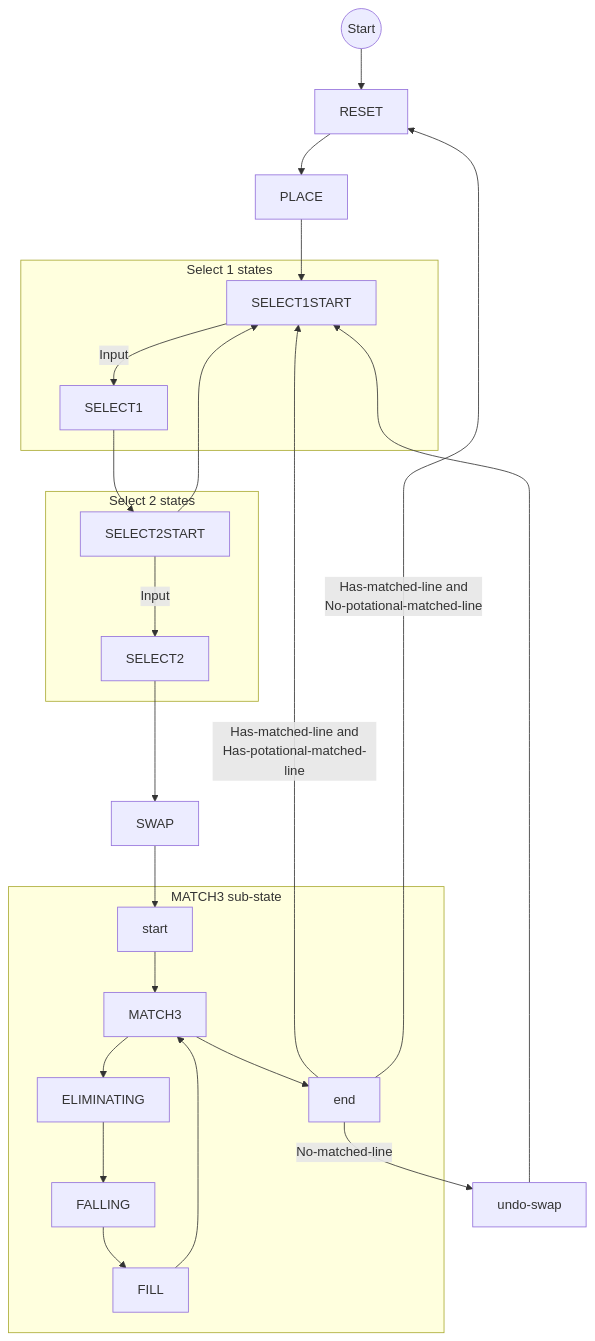
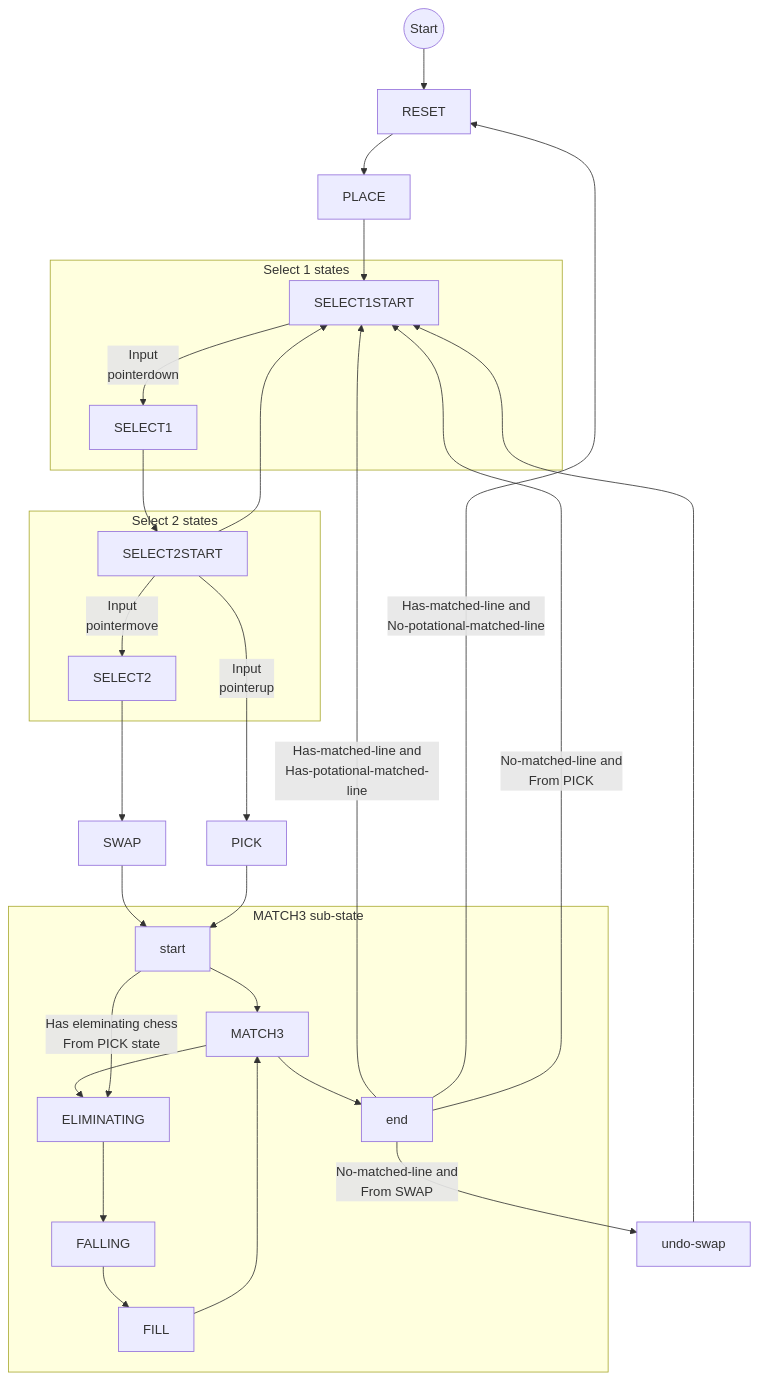
Before and after one commit to rexrainbow/phaser3-rex-notes: the diagram in docs/docs/board-bejeweled.md, drawn with Mermaid. The commit also changed other lines of this file and 4 other files, not shown here.

````diff
--- a/docs/docs/board-bejeweled.md
+++ b/docs/docs/board-bejeweled.md
@@ -202,34 +201,41 @@
 ```mermaid
 graph TD
 
 Start((Start)) --> RESET --> PLACE
 
 PLACE --> SELECT1START
 
 subgraph Select 1 states
-  SELECT1START --> |Input| SELECT1
+  SELECT1START --> |Input<br>pointerdown| SELECT1
 end
 
 SELECT1 --> SELECT2START
 
 subgraph Select 2 states
-  SELECT2START --> |Input| SELECT2
+  SELECT2START --> |Input<br>pointermove| SELECT2
 end
 
 SELECT2START --> SELECT1START
 SELECT2 --> SWAP
 SWAP --> MatchStart[start]
 
 subgraph MATCH3 sub-state
   MatchStart --> MATCH3
   MATCH3 --> ELIMINATING
   MATCH3 --> MatchEnd[end]
   ELIMINATING --> FALLING
   FALLING --> FILL
   FILL --> MATCH3
+
+  MatchStart --> |Has eleminating chess<br>From PICK state| ELIMINATING
 end
 
-MatchEnd --> |No-matched-line| UndoSwap[undo-swap] --> SELECT1START
+SELECT2START --> |Input<br>pointerup| PICK
+PICK --> MatchStart[start]
+
+MatchEnd --> |No-matched-line and<br>From SWAP| UndoSwap[undo-swap] --> SELECT1START
 MatchEnd --> |Has-matched-line and<br>Has-potational-matched-line| SELECT1START
 MatchEnd --> |Has-matched-line and<br>No-potational-matched-line| RESET
+MatchEnd --> |No-matched-line and<br>From PICK| SELECT1START
+
 ```
````
